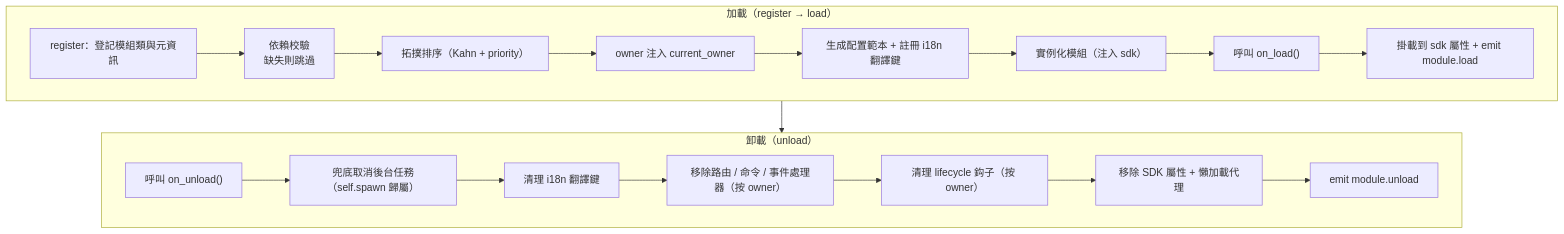
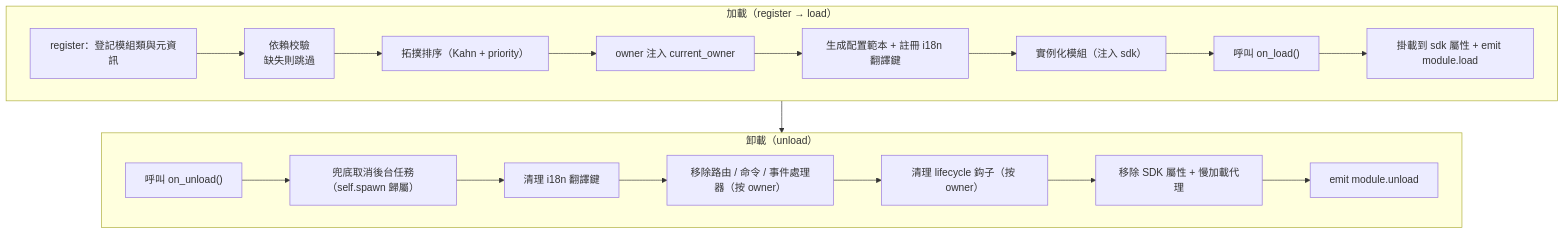
One commit to ErisPulse/ErisPulse changed the first of 2 diagrams in docs/zh-TW/ai-support/skills/erispulse-module-dev/SKILL.md. Above: the diagram before and after it, drawn with Mermaid. The commit also changed other lines of this file and 194 other files, not shown here.

````diff
--- a/docs/zh-TW/ai-support/skills/erispulse-module-dev/SKILL.md
+++ b/docs/zh-TW/ai-support/skills/erispulse-module-dev/SKILL.md
@@ -345,23 +345,23 @@
 ```mermaid
 flowchart TD
     subgraph Load["加載（register → load）"]
         L1["register：登記模組類與元資訊"] --> L2["依賴校驗<br/>缺失則跳過"]
         L2 --> L3["拓撲排序（Kahn + priority）"]
         L3 --> L4["owner 注入 current_owner"]
         L4 --> L5["生成配置範本 + 註冊 i18n 翻譯鍵"]
         L5 --> L6["實例化模組（注入 sdk）"]
         L6 --> L7["呼叫 on_load()"]
         L7 --> L8["掛載到 sdk 屬性 + emit module.load"]
     end
 
     subgraph Unload["卸載（unload）"]
         U1["呼叫 on_unload()"] --> U2["兜底取消後台任務（self.spawn 歸屬）"]
         U2 --> U3["清理 i18n 翻譯鍵"]
         U3 --> U4["移除路由 / 命令 / 事件處理器（按 owner）"]
         U4 --> U5["清理 lifecycle 鈎子（按 owner）"]
-        U5 --> U6["移除 SDK 屬性 + 懶加載代理"]
+        U5 --> U6["移除 SDK 屬性 + 慢加載代理"]
         U6 --> U7["emit module.unload"]
     end
 
     Load --> Unload
 ```
````
